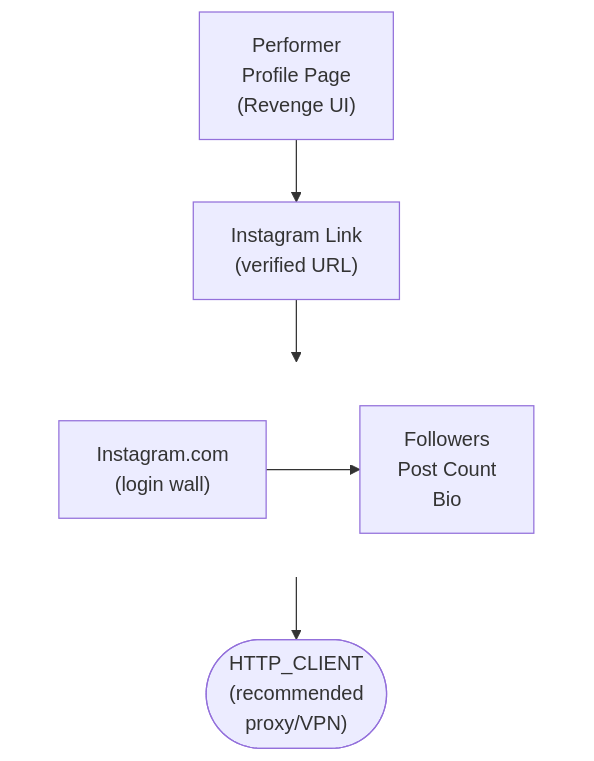
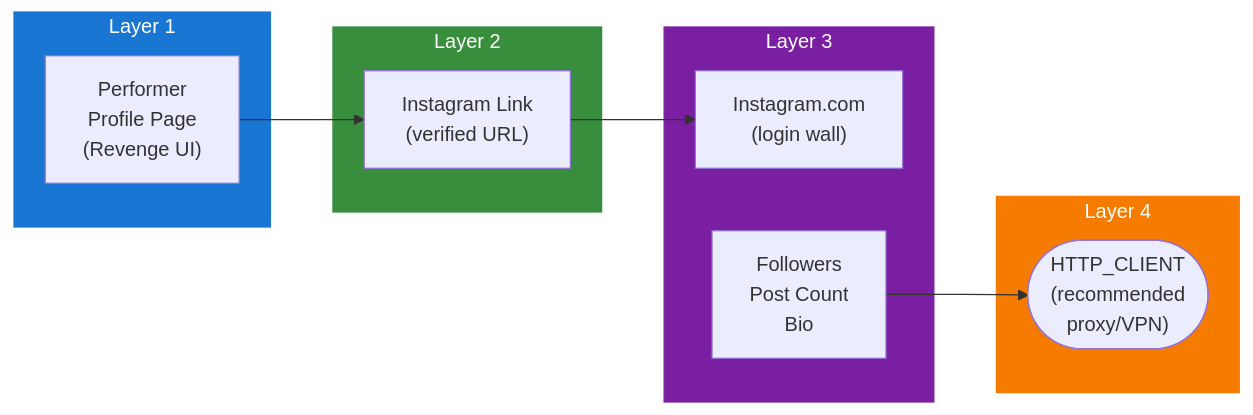
One commit to lusoris/revenge changed the diagram in docs/dev/design/integrations/metadata/adult/INSTAGRAM.md. Above: the diagram before and after it, drawn with Mermaid. The commit also changed 215 other files, not shown here.

First line of the commit message:
feat(diagrams): convert all ASCII diagrams to Mermaid with LR subgraphs

````diff
--- a/docs/dev/design/integrations/metadata/adult/INSTAGRAM.md
+++ b/docs/dev/design/integrations/metadata/adult/INSTAGRAM.md
@@ -58,18 +58,30 @@
 ```mermaid
-flowchart TD
-    node1["Performer<br/>Profile Page<br/>(Revenge UI)"]
-    node2["Instagram Link<br/>(verified URL)"]
-    subgraph row1[ ]
-        direction LR
+flowchart LR
+    subgraph Layer1["Layer 1"]
+        node1["Performer<br/>Profile Page<br/>(Revenge UI)"]
+    end
+
+    subgraph Layer2["Layer 2"]
+        node2["Instagram Link<br/>(verified URL)"]
+    end
+
+    subgraph Layer3["Layer 3"]
         node3["Instagram.com<br/>(login wall)"]
         node4["Followers<br/>Post Count<br/>Bio"]
     end
-    node5(["HTTP_CLIENT<br/>(recommended<br/>proxy/VPN)"])
-    node3 --> node4
+
+    subgraph Layer4["Layer 4"]
+        node5(["HTTP_CLIENT<br/>(recommended<br/>proxy/VPN)"])
+    end
+
+    %% Connections
     node1 --> node2
     node2 --> node3
     node4 --> node5
 
-    %% Hide row subgraph borders
-    style row1 fill:transparent,stroke:transparent
+    %% Styling
+    style Layer1 fill:#1976D2,stroke:#1976D2,color:#fff
+    style Layer2 fill:#388E3C,stroke:#388E3C,color:#fff
+    style Layer3 fill:#7B1FA2,stroke:#7B1FA2,color:#fff
+    style Layer4 fill:#F57C00,stroke:#F57C00,color:#fff
 ```
````
